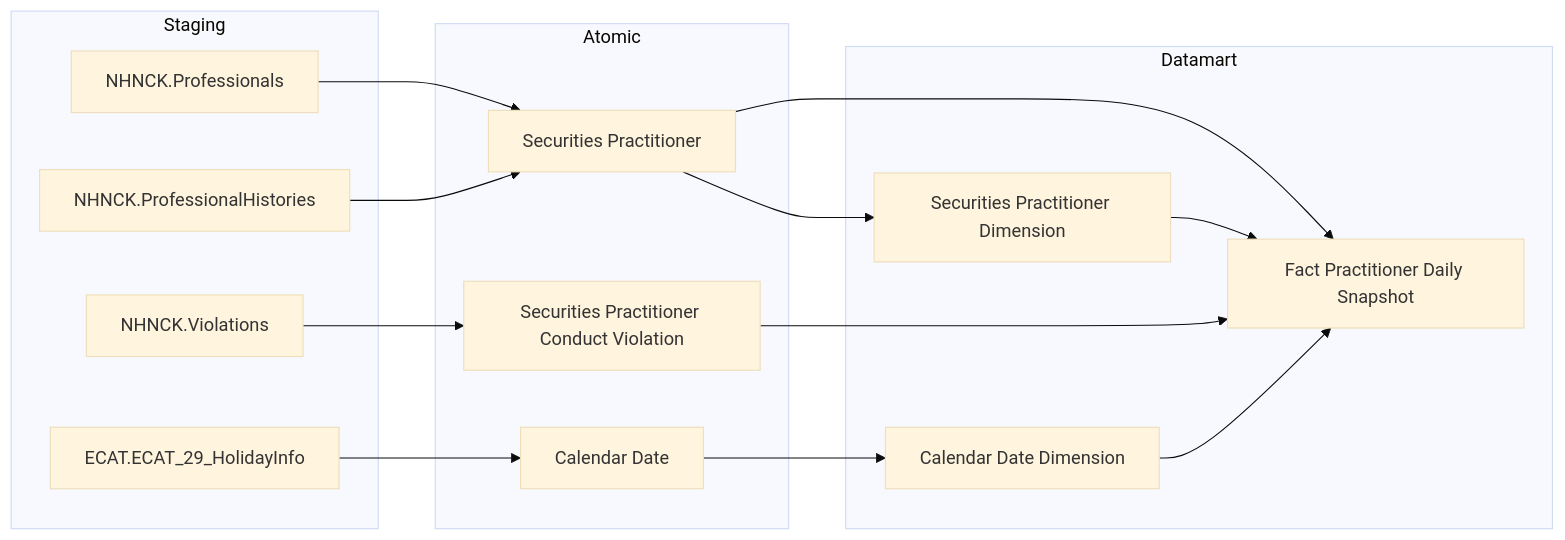
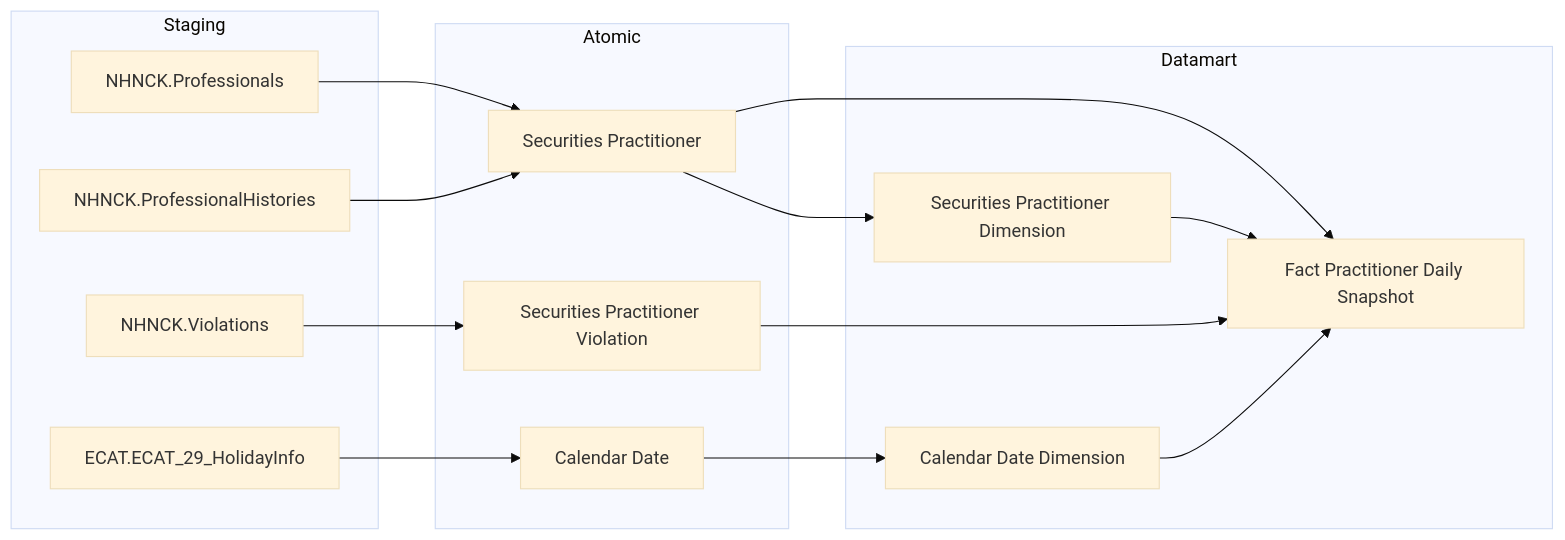
The second of 40 diagrams in Datamart/hld/DTM_NHNCK_HLD.md (linhlvit/ubck_atomic_design), drawn with Mermaid (base theme) before and after one commit. The commit also changed other lines of this file and 8 other files, not shown here.

````diff
--- a/Datamart/hld/DTM_NHNCK_HLD.md
+++ b/Datamart/hld/DTM_NHNCK_HLD.md
@@ -68,34 +68,34 @@
 ```mermaid
 flowchart LR
     subgraph SRC["Staging"]
         NHNCK_Professionals["NHNCK.Professionals"]
         NHNCK_ProfessionalHistories["NHNCK.ProfessionalHistories"]
         NHNCK_Violations["NHNCK.Violations"]
         ECAT_ECAT_29_HolidayInfo["ECAT.ECAT_29_HolidayInfo"]
     end
 
     subgraph SIL["Atomic"]
         Securities_Practitioner["Securities Practitioner"]
-        Securities_Practitioner_Conduct_Violation["Securities Practitioner Conduct Violation"]
+        Securities_Practitioner_Conduct_Violation["Securities Practitioner Violation"]
         Calendar_Date["Calendar Date"]
     end
 
     subgraph GOLD["Datamart"]
         fct_practitioner_daily_snpst["Fact Practitioner Daily Snapshot"]
         securities_practitioner_dim["Securities Practitioner Dimension"]
         cdr_dt_dim["Calendar Date Dimension"]
     end
 
     NHNCK_Professionals --> Securities_Practitioner
     NHNCK_ProfessionalHistories --> Securities_Practitioner
     NHNCK_Violations --> Securities_Practitioner_Conduct_Violation
     ECAT_ECAT_29_HolidayInfo --> Calendar_Date
 
     Securities_Practitioner --> fct_practitioner_daily_snpst
     Securities_Practitioner --> securities_practitioner_dim
     Securities_Practitioner_Conduct_Violation --> fct_practitioner_daily_snpst
     Calendar_Date --> cdr_dt_dim
 
     securities_practitioner_dim --> fct_practitioner_daily_snpst
     cdr_dt_dim --> fct_practitioner_daily_snpst
 ```
````
